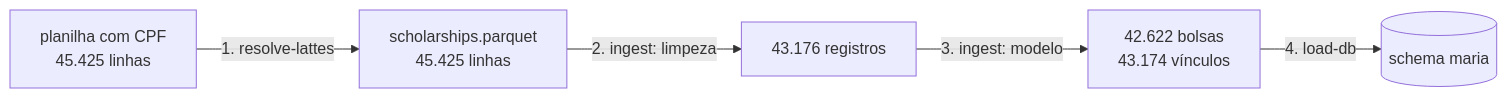
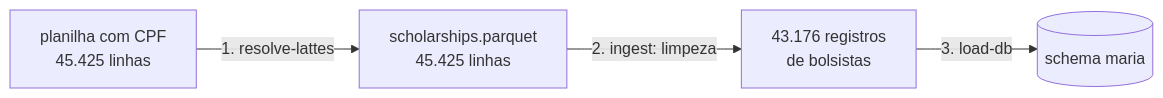
The diagram in docs/dados/limpeza.md (meirelesgc/simcc-maria), drawn with Mermaid before and after one commit. The commit also changed other lines of this file and 29 other files, not shown here.

````diff
--- a/docs/dados/limpeza.md
+++ b/docs/dados/limpeza.md
@@ -8,7 +8,6 @@
 ```mermaid
 flowchart LR
     A["planilha com CPF<br/>45.425 linhas"] -->|"1. resolve-lattes"| B["scholarships.parquet<br/>45.425 linhas"]
-    B -->|"2. ingest: limpeza"| C["43.176 registros"]
-    C -->|"3. ingest: modelo"| D["42.622 bolsas<br/>43.174 vínculos"]
-    D -->|"4. load-db"| E[("schema maria")]
+    B -->|"2. ingest: limpeza"| C["43.176 registros<br/>de bolsistas"]
+    C -->|"3. load-db"| E[("schema maria")]
 ```
````
